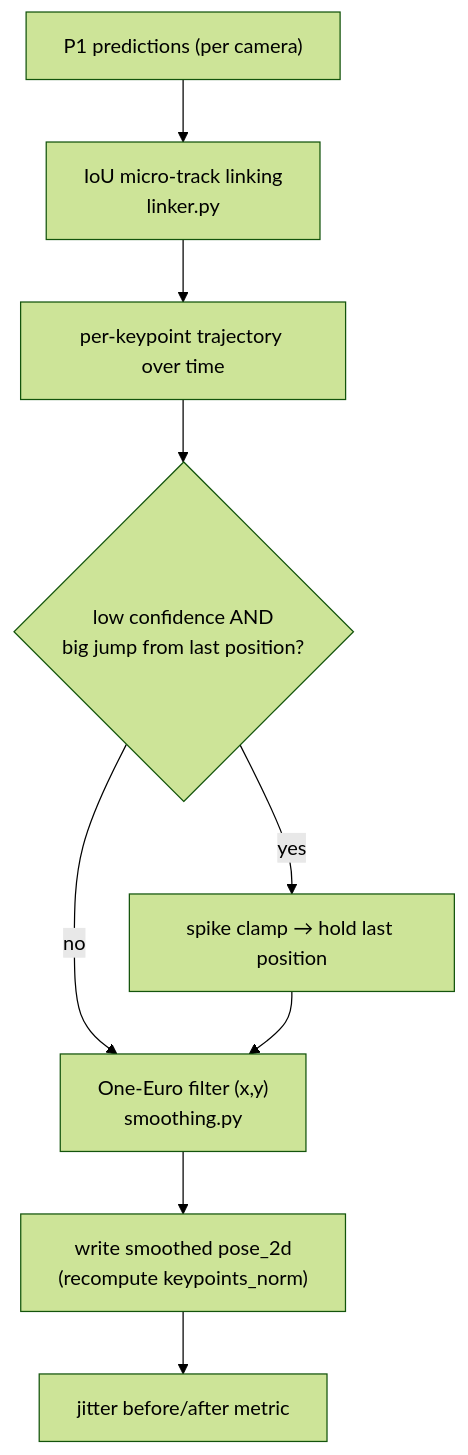
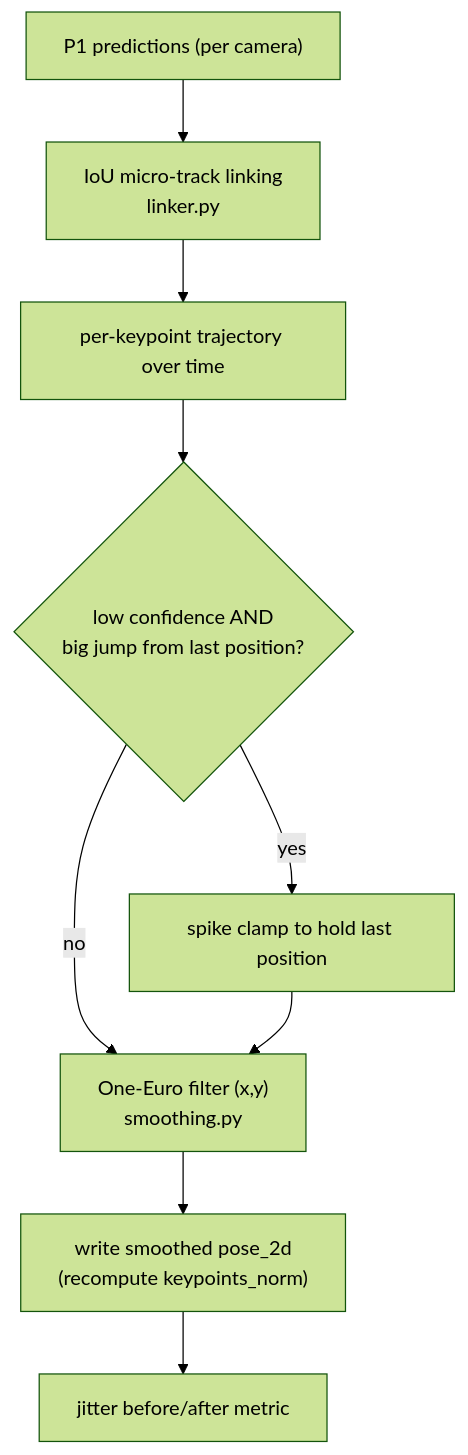
The diagram in docs/pipeline/01-stabilization.md (aksh-0407/pipetrack), drawn with Mermaid (forest theme) before and after one commit. The commit also changed other lines of this file and 65 other files, not shown here.

````diff
--- a/docs/pipeline/01-stabilization.md
+++ b/docs/pipeline/01-stabilization.md
@@ -41,11 +41,11 @@
 ```mermaid
 flowchart TD
   IN["P1 predictions (per camera)"] --> L["IoU micro-track linking<br/>linker.py"]
   L --> S["per-keypoint trajectory over time"]
   S --> C{"low confidence AND<br/>big jump from last position?"}
-  C -- yes --> CL["spike clamp → hold last position"]
+  C -- yes --> CL["spike clamp to hold last position"]
   C -- no --> OE["One-Euro filter (x,y)<br/>smoothing.py"]
   CL --> OE
   OE --> W["write smoothed pose_2d<br/>(recompute keypoints_norm)"]
   W --> M["jitter before/after metric"]
 ```
````
